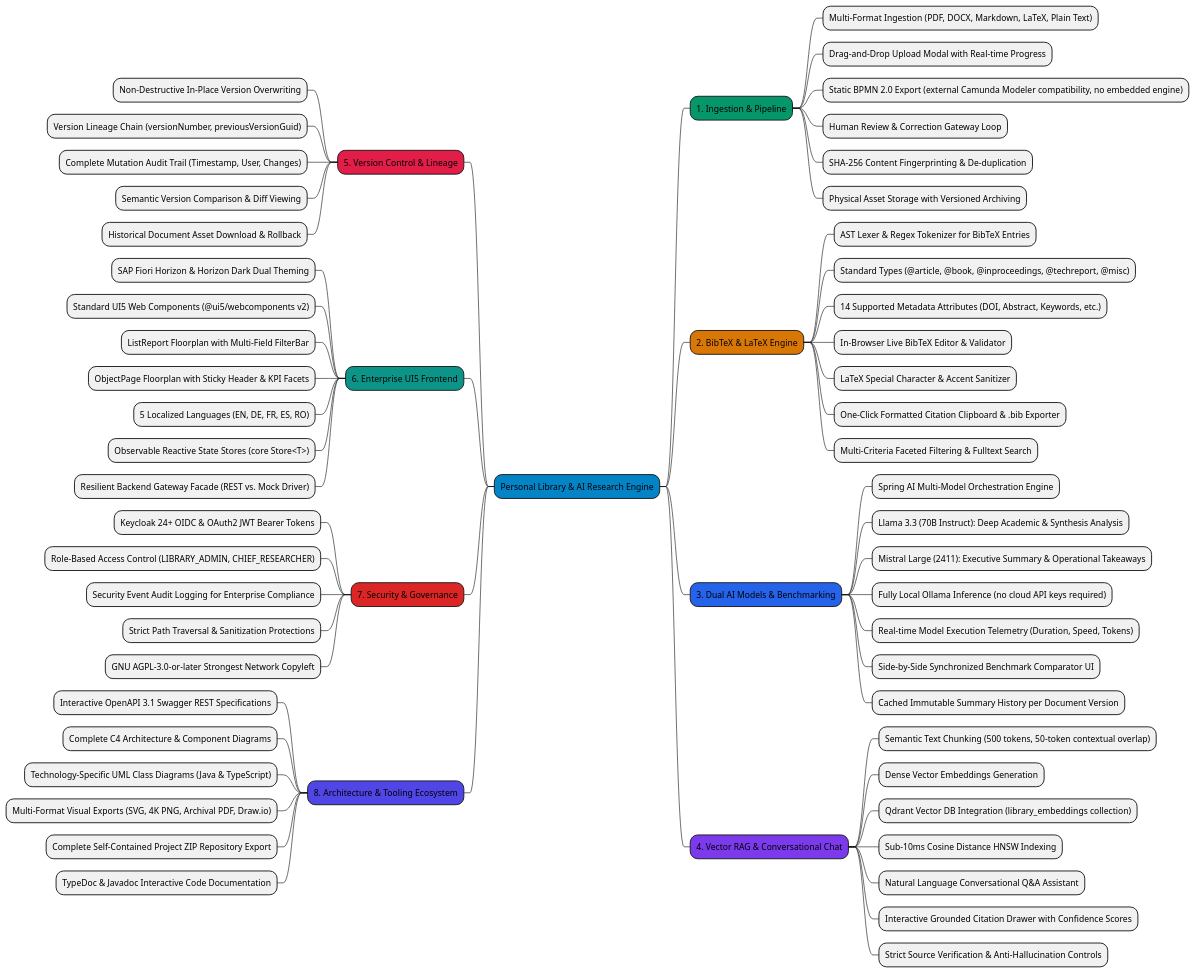
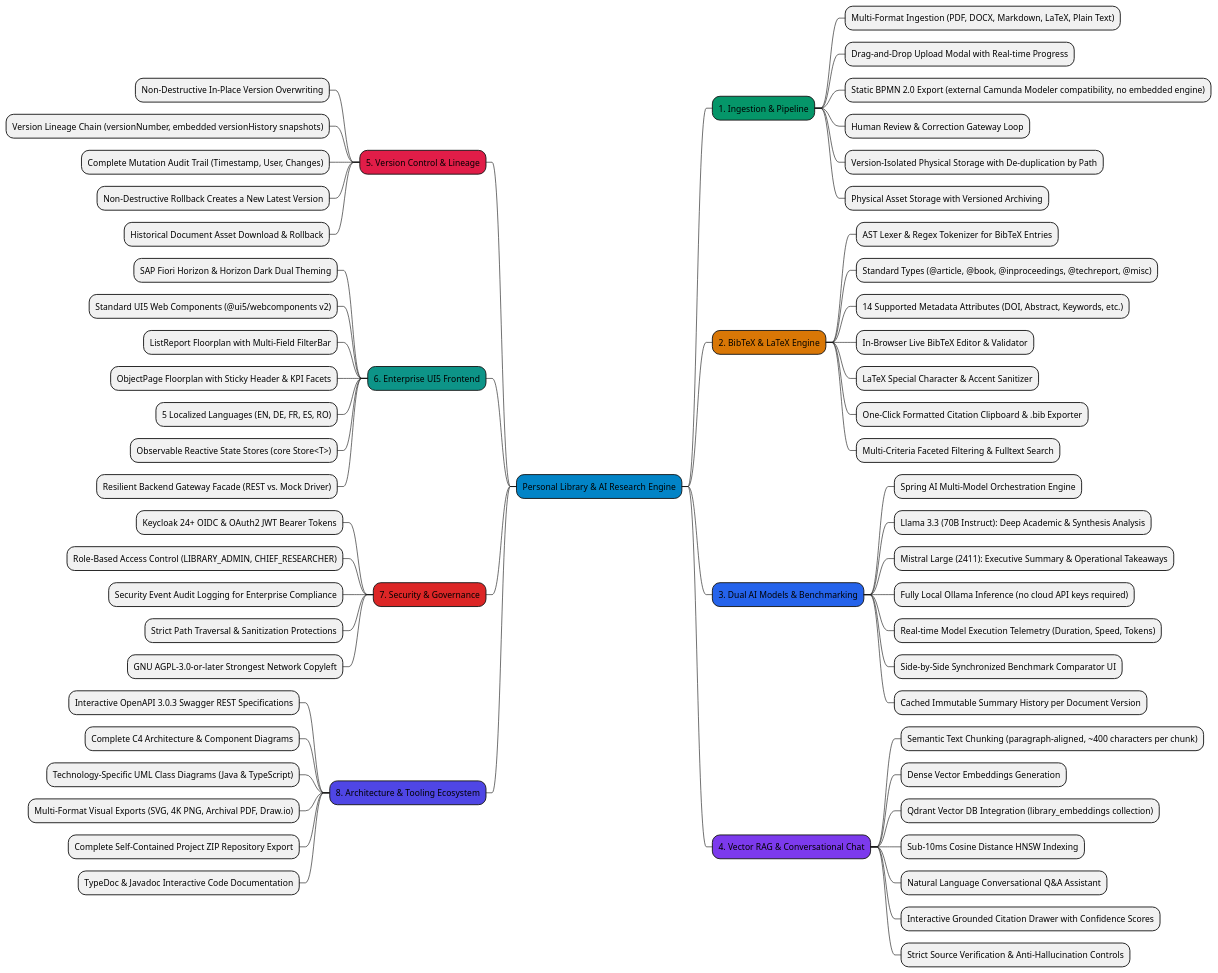
One commit to epascalau/personal-library changed the diagram in docs/diagrams/mindmap.puml. Above: the diagram before and after it, drawn with PlantUML. The commit also changed 11 other files, not shown here.

First line of the commit message:
Fix mindmap drift: remove fictitious SHA-256/token-chunking claims

```diff
--- a/docs/diagrams/mindmap.puml
+++ b/docs/diagrams/mindmap.puml
@@ -1,72 +1,72 @@
 @startmindmap
 *[#0284c7] Personal Library & AI Research Engine
 
 **[#059669] 1. Ingestion & Pipeline
 *** Multi-Format Ingestion (PDF, DOCX, Markdown, LaTeX, Plain Text)
 *** Drag-and-Drop Upload Modal with Real-time Progress
 *** Static BPMN 2.0 Export (external Camunda Modeler compatibility, no embedded engine)
 *** Human Review & Correction Gateway Loop
-*** SHA-256 Content Fingerprinting & De-duplication
+*** Version-Isolated Physical Storage with De-duplication by Path
 *** Physical Asset Storage with Versioned Archiving
 
 **[#d97706] 2. BibTeX & LaTeX Engine
 *** AST Lexer & Regex Tokenizer for BibTeX Entries
 *** Standard Types (@article, @book, @inproceedings, @techreport, @misc)
 *** 14 Supported Metadata Attributes (DOI, Abstract, Keywords, etc.)
 *** In-Browser Live BibTeX Editor & Validator
 *** LaTeX Special Character & Accent Sanitizer
 *** One-Click Formatted Citation Clipboard & .bib Exporter
 *** Multi-Criteria Faceted Filtering & Fulltext Search
 
 **[#2563eb] 3. Dual AI Models & Benchmarking
 *** Spring AI Multi-Model Orchestration Engine
 *** Llama 3.3 (70B Instruct): Deep Academic & Synthesis Analysis
 *** Mistral Large (2411): Executive Summary & Operational Takeaways
 *** Fully Local Ollama Inference (no cloud API keys required)
 *** Real-time Model Execution Telemetry (Duration, Speed, Tokens)
 *** Side-by-Side Synchronized Benchmark Comparator UI
 *** Cached Immutable Summary History per Document Version
 
 **[#7c3aed] 4. Vector RAG & Conversational Chat
-*** Semantic Text Chunking (500 tokens, 50-token contextual overlap)
+*** Semantic Text Chunking (paragraph-aligned, ~400 characters per chunk)
 *** Dense Vector Embeddings Generation
 *** Qdrant Vector DB Integration (library_embeddings collection)
 *** Sub-10ms Cosine Distance HNSW Indexing
 *** Natural Language Conversational Q&A Assistant
 *** Interactive Grounded Citation Drawer with Confidence Scores
 *** Strict Source Verification & Anti-Hallucination Controls
 
 left side
 
 **[#e11d48] 5. Version Control & Lineage
 *** Non-Destructive In-Place Version Overwriting
-*** Version Lineage Chain (versionNumber, previousVersionGuid)
+*** Version Lineage Chain (versionNumber, embedded versionHistory snapshots)
 *** Complete Mutation Audit Trail (Timestamp, User, Changes)
-*** Semantic Version Comparison & Diff Viewing
+*** Non-Destructive Rollback Creates a New Latest Version
 *** Historical Document Asset Download & Rollback
 
 **[#0d9488] 6. Enterprise UI5 Frontend
 *** SAP Fiori Horizon & Horizon Dark Dual Theming
 *** Standard UI5 Web Components (@ui5/webcomponents v2)
 *** ListReport Floorplan with Multi-Field FilterBar
 *** ObjectPage Floorplan with Sticky Header & KPI Facets
 *** 5 Localized Languages (EN, DE, FR, ES, RO)
 *** Observable Reactive State Stores (core Store<T>)
 *** Resilient Backend Gateway Facade (REST vs. Mock Driver)
 
 **[#dc2626] 7. Security & Governance
 *** Keycloak 24+ OIDC & OAuth2 JWT Bearer Tokens
 *** Role-Based Access Control (LIBRARY_ADMIN, CHIEF_RESEARCHER)
 *** Security Event Audit Logging for Enterprise Compliance
 *** Strict Path Traversal & Sanitization Protections
 *** GNU AGPL-3.0-or-later Strongest Network Copyleft
 
 **[#4f46e5] 8. Architecture & Tooling Ecosystem
-*** Interactive OpenAPI 3.1 Swagger REST Specifications
+*** Interactive OpenAPI 3.0.3 Swagger REST Specifications
 *** Complete C4 Architecture & Component Diagrams
 *** Technology-Specific UML Class Diagrams (Java & TypeScript)
 *** Multi-Format Visual Exports (SVG, 4K PNG, Archival PDF, Draw.io)
 *** Complete Self-Contained Project ZIP Repository Export
 *** TypeDoc & Javadoc Interactive Code Documentation
 
 @endmindmap
```
